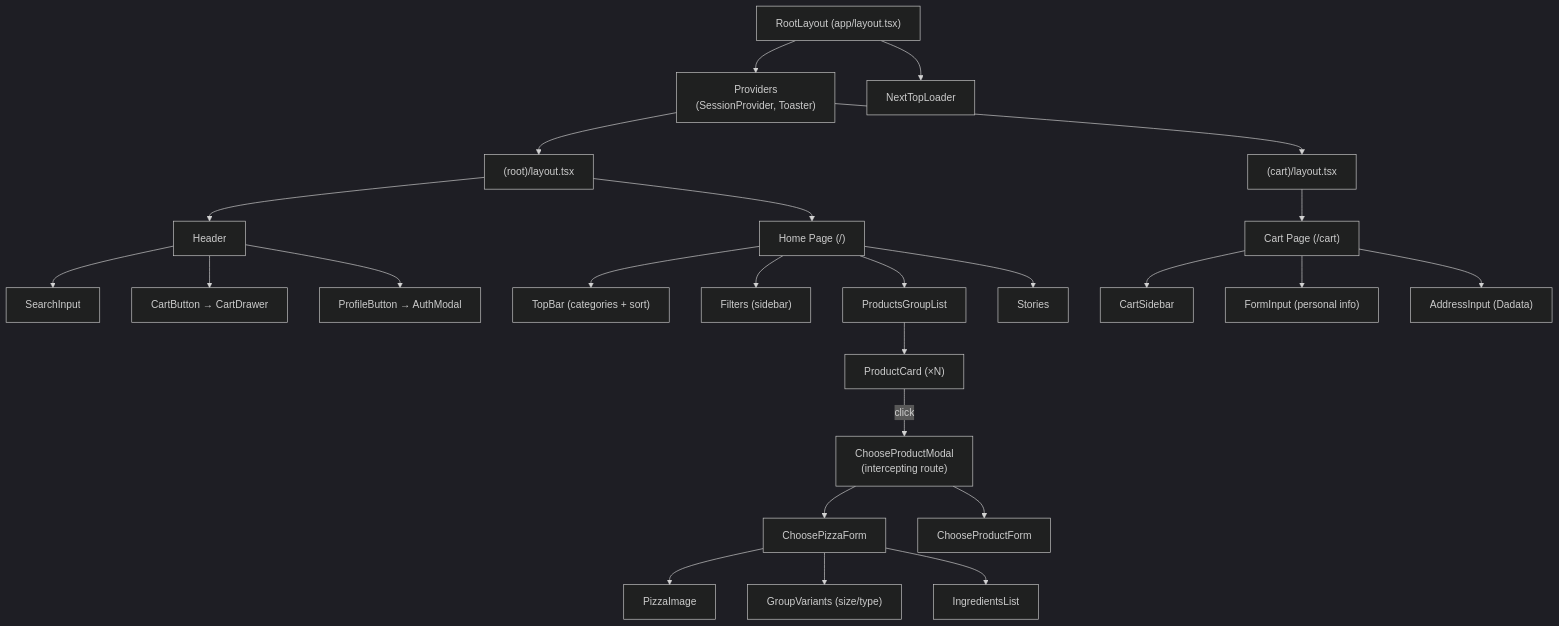
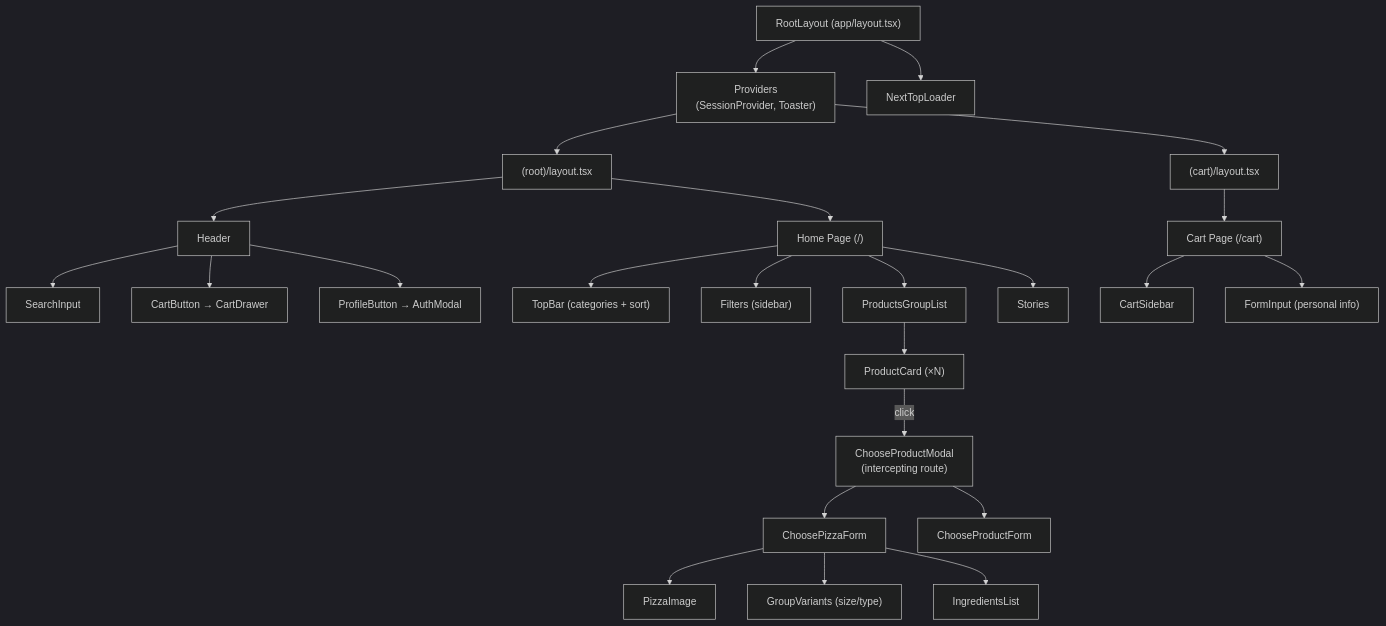
One commit to test-cafe/plaiwright-ts changed the tenth of 15 diagrams in DOCUMENTATION.md. Above: the diagram before and after it, drawn with Mermaid (dark theme). The commit also changed other lines of this file and 1 other file, not shown here.

First line of the commit message:
docs: correct NextAuth version and drop nonexistent Dadata integration

````diff
--- a/DOCUMENTATION.md
+++ b/DOCUMENTATION.md
@@ -585,34 +583,33 @@
 ```mermaid
 graph TD
     Root["RootLayout (app/layout.tsx)"]
     Root --> Providers["Providers\n(SessionProvider, Toaster)"]
     Root --> TopLoader["NextTopLoader"]
 
     Providers --> HomeLayout["(root)/layout.tsx"]
     HomeLayout --> Header["Header"]
     HomeLayout --> HomePage["Home Page (/)"]
 
     Header --> SearchInput["SearchInput"]
     Header --> CartButton["CartButton → CartDrawer"]
     Header --> ProfileButton["ProfileButton → AuthModal"]
 
     HomePage --> TopBar["TopBar (categories + sort)"]
     HomePage --> Filters["Filters (sidebar)"]
     HomePage --> ProductList["ProductsGroupList"]
     HomePage --> Stories["Stories"]
 
     ProductList --> ProductCard["ProductCard (×N)"]
     ProductCard -->|click| Modal["ChooseProductModal\n(intercepting route)"]
     Modal --> ChoosePizzaForm["ChoosePizzaForm"]
     Modal --> ChooseProductForm["ChooseProductForm"]
 
     ChoosePizzaForm --> PizzaImage["PizzaImage"]
     ChoosePizzaForm --> GroupVariants["GroupVariants (size/type)"]
     ChoosePizzaForm --> IngredientsList["IngredientsList"]
 
     Providers --> CartLayout["(cart)/layout.tsx"]
     CartLayout --> CartPage["Cart Page (/cart)"]
     CartPage --> CartSidebar["CartSidebar"]
     CartPage --> FormInput["FormInput (personal info)"]
-    CartPage --> AddressInput["AddressInput (Dadata)"]
 ```
````
